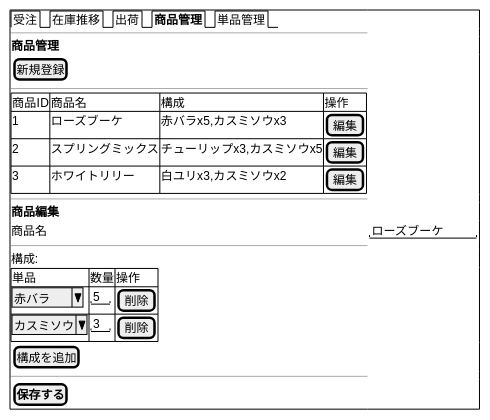
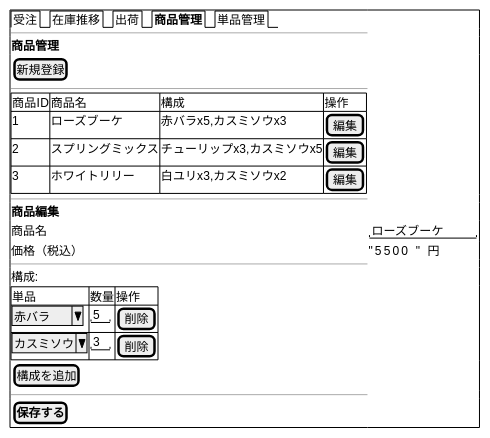
Before and after one commit to k2works/case-study-sdd-development: diagram 13 of 14 in docs/design/ui-design.md, drawn with PlantUML. The commit also changed other lines of this file and 2 other files, not shown here.

````diff
--- a/docs/design/ui-design.md
+++ b/docs/design/ui-design.md
@@ -307,30 +334,31 @@
 ```plantuml
 @startsalt
 {+
   {/ 受注 | 在庫推移 | 出荷 | <b>商品管理 | 単品管理 }
   ---
   <b>商品管理
   { [ 新規登録 ] }
   ---
   {#
     商品ID | 商品名 | 構成 | 操作
     1 | ローズブーケ | 赤バラx5,カスミソウx3 | [ 編集 ]
     2 | スプリングミックス | チューリップx3,カスミソウx5 | [ 編集 ]
     3 | ホワイトリリー | 白ユリx3,カスミソウx2 | [ 編集 ]
   }
   ---
   <b>商品編集
   商品名 | "ローズブーケ       "
+  価格（税込） | "5500      " 円
   ---
   構成:
   {#
     単品 | 数量 | 操作
     ^赤バラ    ^ | "5 " | [ 削除 ]
     ^カスミソウ^ | "3 " | [ 削除 ]
   }
   { [ 構成を追加 ] }
   ---
   { [ <b>保存する ] }
 }
 @endsalt
 ```
````
